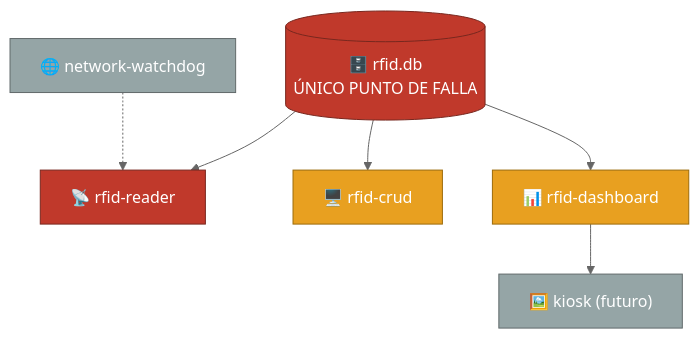
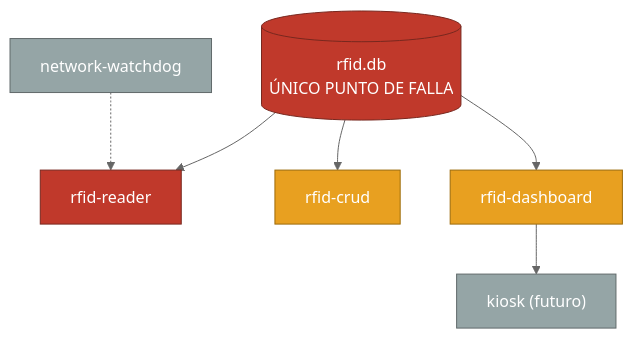
One commit to AdrianMorenoM/rfid-attendance-system changed the fifth of 5 diagrams in README.md. Above: the diagram before and after it, drawn with Mermaid (neutral theme). The commit also changed other lines of this file, not shown here.

````diff
--- a/README.md
+++ b/README.md
@@ -446,16 +446,16 @@
 ```mermaid
 flowchart TD
-    DB[("🗄️ rfid.db<br/>ÚNICO PUNTO DE FALLA")] --> R["📡 rfid-reader"]
-    DB --> C["🖥️ rfid-crud"]
-    DB --> D["📊 rfid-dashboard"]
-    D --> K["🖼️ kiosk (futuro)"]
-    W["🌐 network-watchdog"] -.-> R
+    DB[("rfid.db<br/>ÚNICO PUNTO DE FALLA")] --> R["rfid-reader"]
+    DB --> C["rfid-crud"]
+    DB --> D["rfid-dashboard"]
+    D --> K["kiosk (futuro)"]
+    W["network-watchdog"] -.-> R
 
     classDef critico fill:#C0392B,stroke:#78281f,color:#fff
     classDef noCritico fill:#E8A020,stroke:#9c6b0a,color:#fff
     classDef cosmetico fill:#95A5A6,stroke:#616a6b,color:#fff
 
     class DB,R critico
     class C,D noCritico
     class K,W cosmetico
 ```
````
